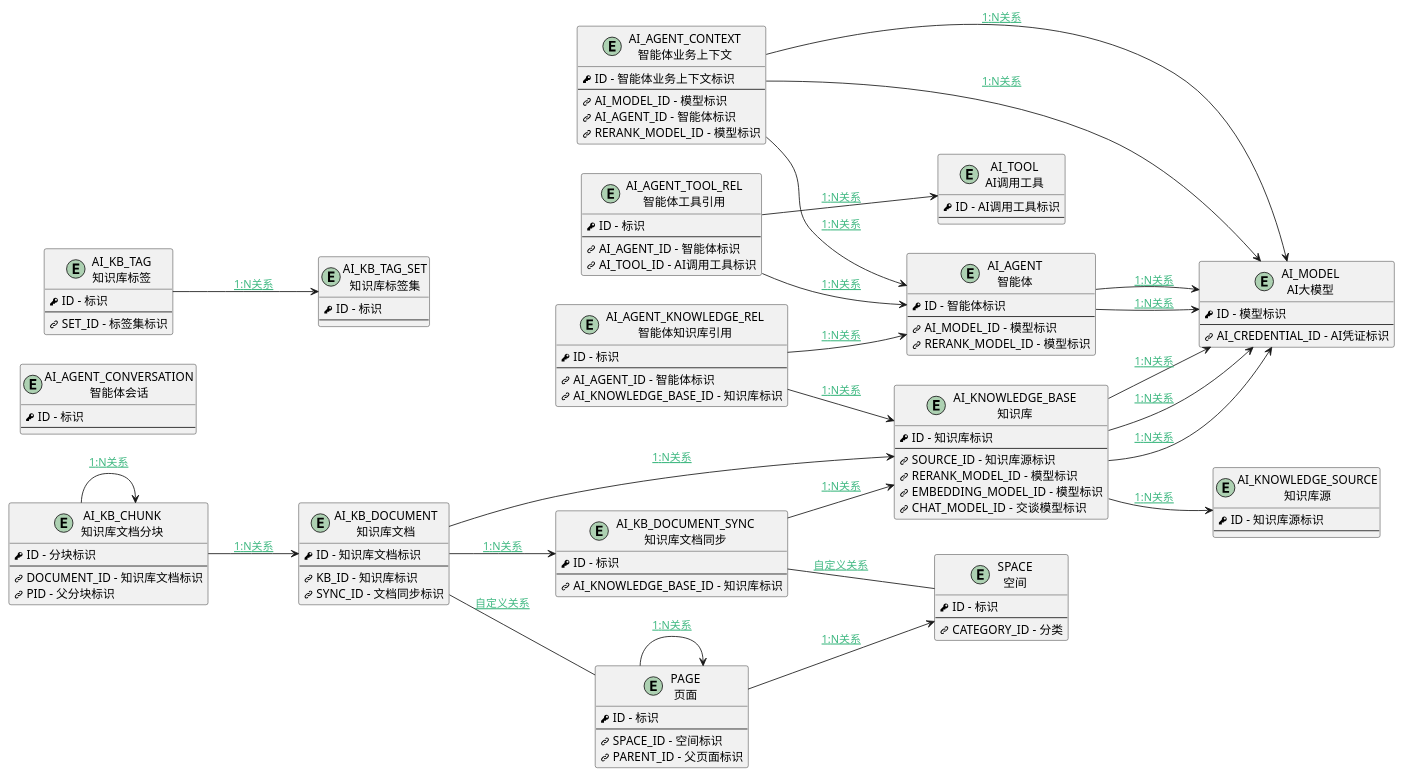
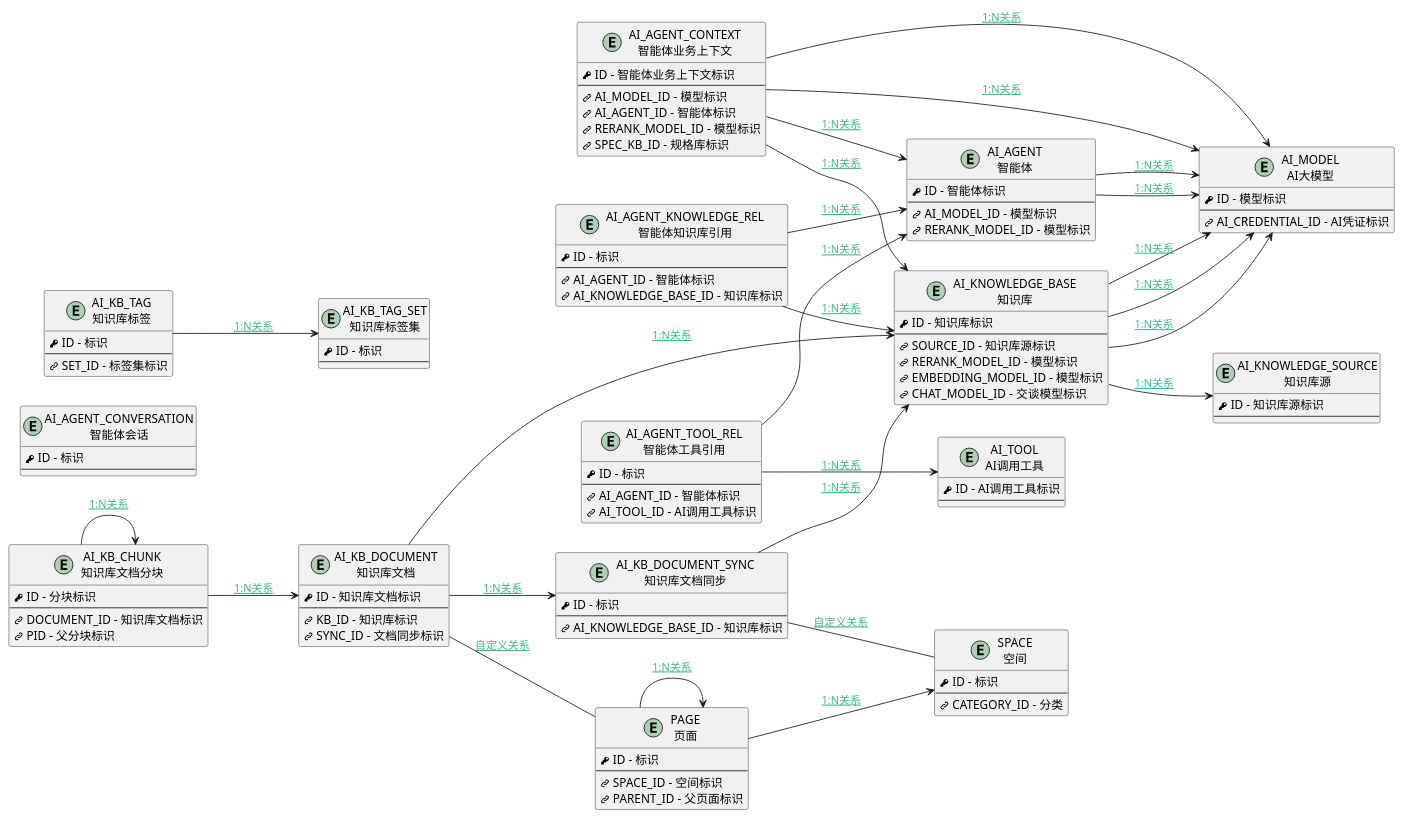
Before and after one commit to iBizLab/plm: the diagram in doc/docsify/er/aimodel.md, drawn with PlantUML. The commit also changed 2903 other files, not shown here.

```diff
--- a/doc/docsify/er/aimodel.md
+++ b/doc/docsify/er/aimodel.md
@@ -23,6 +23,7 @@
         <&link-intact> AI_MODEL_ID - 模型标识
         <&link-intact> AI_AGENT_ID - 智能体标识
         <&link-intact> RERANK_MODEL_ID - 模型标识
+        <&link-intact> SPEC_KB_ID - 规格库标识
 }
 entity "AI_AGENT_CONVERSATION\n智能体会话" as AI_AGENT_CONVERSATION [[$../module/ai/ai_agent_conversation {智能体会话}]] {
         <&key> ID - 标识
@@ -106,6 +107,7 @@
 AI_KB_CHUNK--> AI_KB_DOCUMENT : [[$../der/DER1N_AI_KB_CHUNK_AI_KB_DOCUMENT_DOCUMENT_ID{DER1N_AI_KB_CHUNK_AI_KB_DOCUMENT_DOCUMENT_ID} 1:N关系]]
 AI_KB_DOCUMENT--> AI_KB_DOCUMENT_SYNC : [[$../der/DER1N_AI_KB_DOCUMENT_AI_KB_DOCUMENT_SYNC_SYNC_ID{DER1N_AI_KB_DOCUMENT_AI_KB_DOCUMENT_SYNC_SYNC_ID} 1:N关系]]
 AI_KB_TAG--> AI_KB_TAG_SET : [[$../der/DER1N_AI_KB_TAG_AI_KB_TAG_SET_SET_ID{DER1N_AI_KB_TAG_AI_KB_TAG_SET_SET_ID} 1:N关系]]
+AI_AGENT_CONTEXT--> AI_KNOWLEDGE_BASE : [[$../der/DER1N_AI_AGENT_CONTEXT_AI_KNOWLEDGE_BASE_SPEC_KB_ID{DER1N_AI_AGENT_CONTEXT_AI_KNOWLEDGE_BASE_SPEC_KB_ID} 1:N关系]]
 AI_AGENT_KNOWLEDGE_REL--> AI_KNOWLEDGE_BASE : [[$../der/DER1N_AI_AGENT_KNOWLEDGE_REL_AI_KNOWLEDGE_BASE_AI_KNOWLEDGE_BASE_ID{DER1N_AI_AGENT_KNOWLEDGE_REL_AI_KNOWLEDGE_BASE_AI_KNOWLEDGE_BASE_ID} 1:N关系]]
 AI_KB_DOCUMENT--> AI_KNOWLEDGE_BASE : [[$../der/DER1N_AI_KB_DOCUMENT_AI_KNOWLEDGE_BASE_KB_ID{DER1N_AI_KB_DOCUMENT_AI_KNOWLEDGE_BASE_KB_ID} 1:N关系]]
 AI_KB_DOCUMENT_SYNC--> AI_KNOWLEDGE_BASE : [[$../der/DER1N_AI_KB_DOCUMENT_SYNC_AI_KNOWLEDGE_BASE_AI_KNOWLEDGE_BASE_ID{DER1N_AI_KB_DOCUMENT_SYNC_AI_KNOWLEDGE_BASE_AI_KNOWLEDGE_BASE_ID} 1:N关系]]
```
